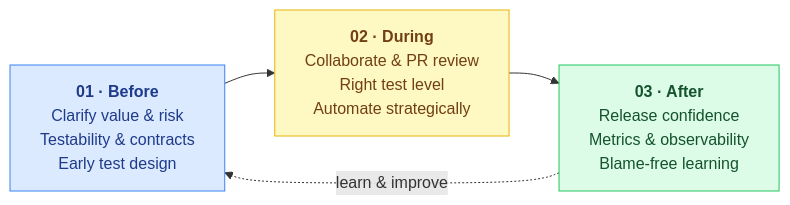
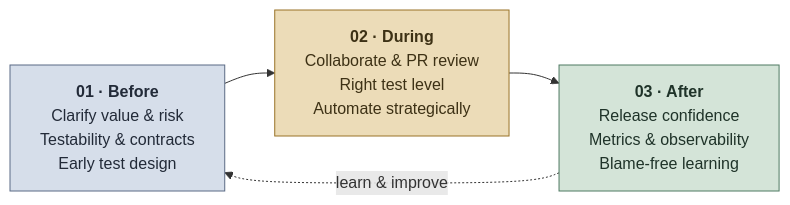
One commit to paulamarcondes/QA_Playbook changed the diagram in README.md. Above: the diagram before and after it, drawn with Mermaid. The commit also changed 3 other files, not shown here.

First line of the commit message:
Apply Deeper Nordic palette to Mermaid diagrams

````diff
--- a/README.md
+++ b/README.md
@@ -13,14 +13,14 @@
 ```mermaid
 flowchart LR
     A["<b>01 · Before</b><br/>Clarify value &amp; risk<br/>Testability &amp; contracts<br/>Early test design"]
     B["<b>02 · During</b><br/>Collaborate &amp; PR review<br/>Right test level<br/>Automate strategically"]
     C["<b>03 · After</b><br/>Release confidence<br/>Metrics &amp; observability<br/>Blame-free learning"]
     A --> B --> C
     C -. "learn &amp; improve" .-> A
-    classDef before fill:#dbeafe,stroke:#3b82f6,color:#1e3a8a;
-    classDef during fill:#fef9c3,stroke:#eab308,color:#713f12;
-    classDef after  fill:#dcfce7,stroke:#22c55e,color:#14532d;
+    classDef before fill:#d6deea,stroke:#5b6b85,color:#222a38;
+    classDef during fill:#ecdcb8,stroke:#997327,color:#3d3115;
+    classDef after  fill:#d4e4d8,stroke:#4f7a63,color:#1f3329;
     class A before
     class B during
     class C after
 ```
````
